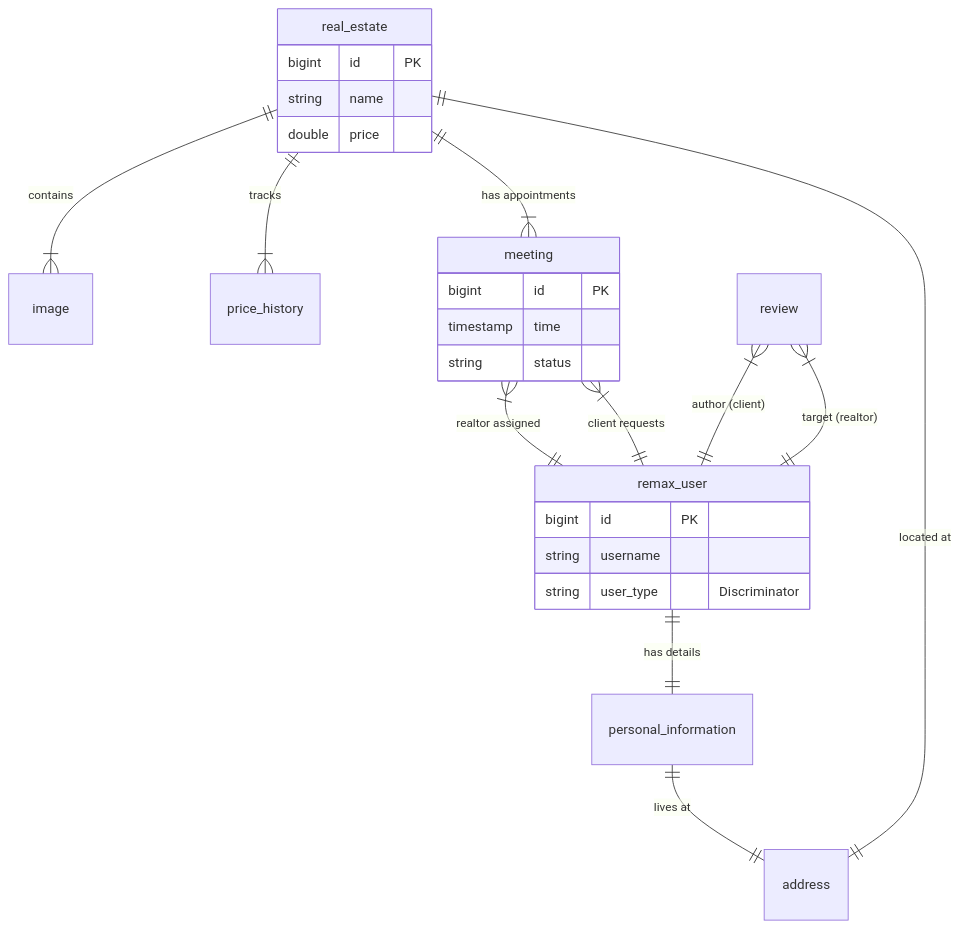
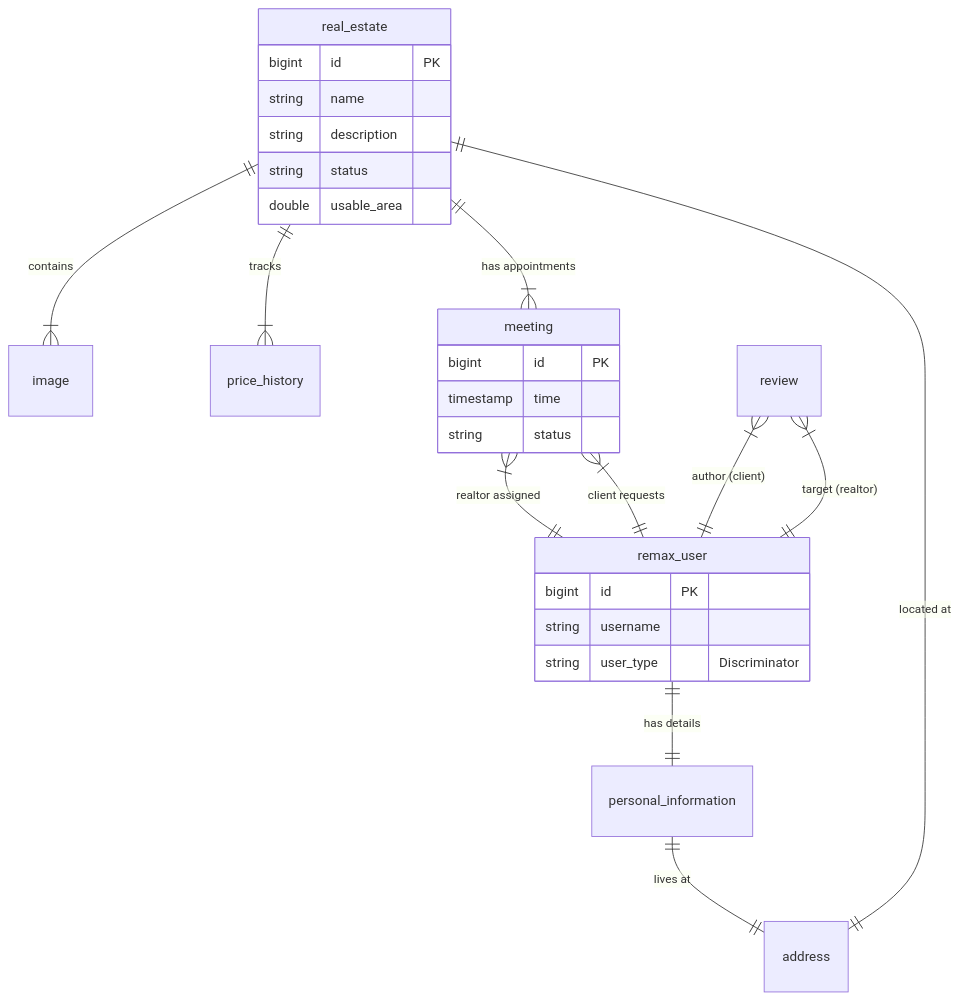
The third of 7 diagrams in doc/Architecture_and_Design.md (Majkle/NNPRO-REMAX-BE), drawn with Mermaid before and after one commit. The commit also changed other lines of this file and 17 other files, not shown here.

````diff
--- a/doc/Architecture_and_Design.md
+++ b/doc/Architecture_and_Design.md
@@ -100,34 +99,36 @@
 ```mermaid
 erDiagram
     remax_user ||--|| personal_information : "has details"
     personal_information ||--|| address : "lives at"
     
     real_estate ||--|| address : "located at"
     real_estate ||--|{ image : "contains"
     real_estate ||--|{ price_history : "tracks"
     real_estate ||--|{ meeting : "has appointments"
     
     meeting }|--|| remax_user : "realtor assigned"
     meeting }|--|| remax_user : "client requests"
     
     review }|--|| remax_user : "author (client)"
     review }|--|| remax_user : "target (realtor)"
 
     remax_user {
         bigint id PK
         string username
         string user_type "Discriminator"
     }
 
     real_estate {
         bigint id PK
         string name
-        double price
+        string description
+        string status
+        double usable_area
     }
 
     meeting {
         bigint id PK
         timestamp time
         string status
     }
 ```
````
